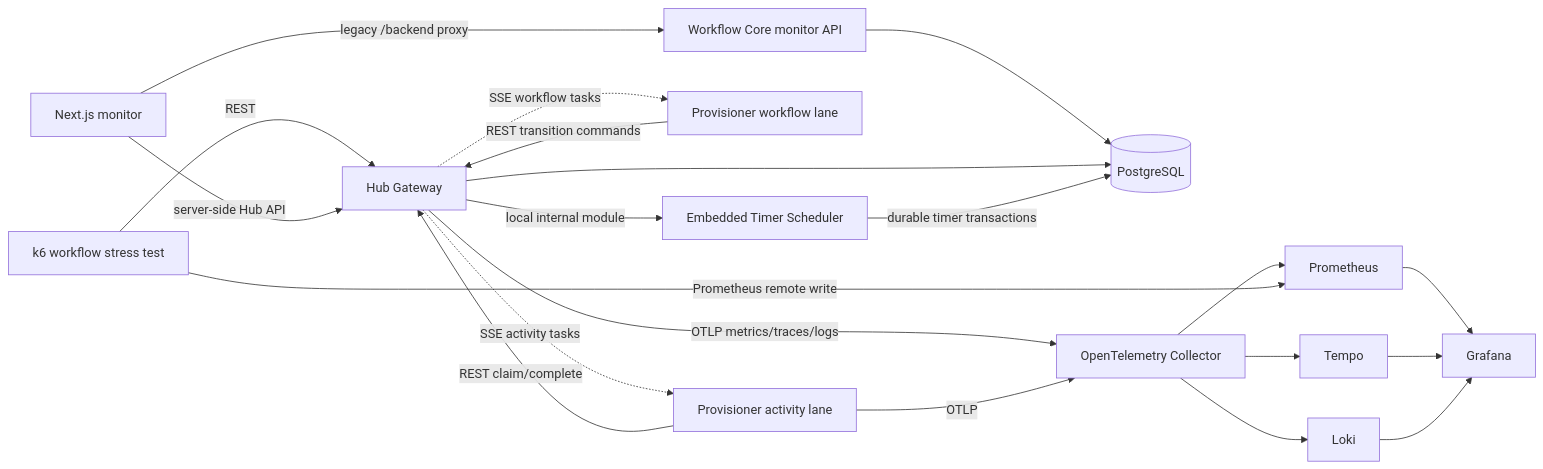
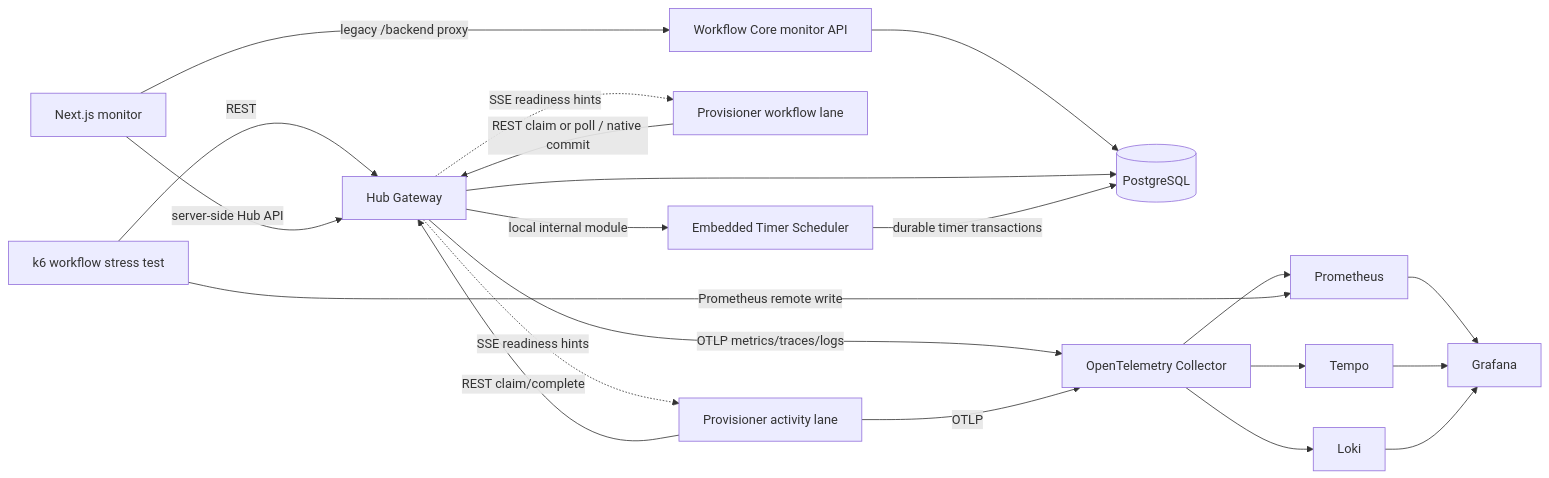
One commit to thanhhaictld/workflow-core changed the diagram in scaling/observability/README.md. Above: the diagram before and after it, drawn with Mermaid. The commit also changed other lines of this file and 30 other files, not shown here.

```diff
--- a/scaling/observability/README.md
+++ b/scaling/observability/README.md
@@ -13,23 +17,23 @@
 ~~~mermaid
 flowchart LR
   K6["k6 workflow stress test"] -->|REST| H["Hub Gateway"]
   UI["Next.js monitor"] -->|server-side Hub API| H
   UI -->|legacy /backend proxy| API["Workflow Core monitor API"]
   API --> P
   H --> P[("PostgreSQL")]
-  H -. SSE workflow tasks .-> PR["Provisioner workflow lane"]
-  H -. SSE activity tasks .-> W["Provisioner activity lane"]
-  PR -->|REST transition commands| H
+  H -. SSE readiness hints .-> PR["Provisioner workflow lane"]
+  H -. SSE readiness hints .-> W["Provisioner activity lane"]
+  PR -->|REST claim or poll / native commit| H
   W -->|REST claim/complete| H
   H -->|local internal module| S["Embedded Timer Scheduler"]
   S -->|durable timer transactions| P
   H -->|OTLP metrics/traces/logs| O["OpenTelemetry Collector"]
   W -->|OTLP| O
   O --> M["Prometheus"]
   O --> T["Tempo"]
   O --> L["Loki"]
   K6 -->|Prometheus remote write| M
   M --> G["Grafana"]
   T --> G
   L --> G
 ~~~
```
